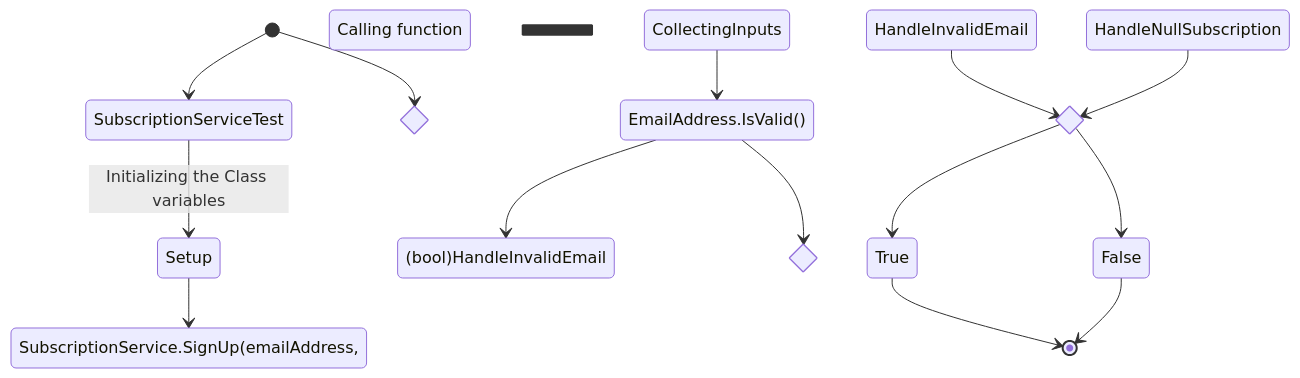
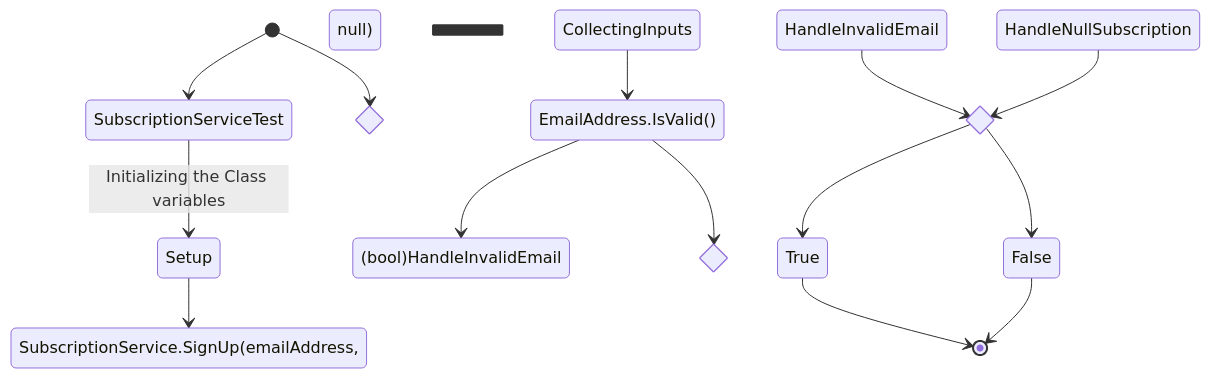
Before and after one commit to Emsaso/GetNews: the second of 11 diagrams in model/tests/test.md, drawn with Mermaid. The commit also changed other lines of this file, not shown here.

````diff
--- a/model/tests/test.md
+++ b/model/tests/test.md
@@ -32,37 +32,36 @@
 ```mermaid
 stateDiagram-v2
 [*] --> SubscriptionServiceTest
-    SubscriptionServiceTest --> Setup: Initializing the Class variables
-    Setup --> SubscriptionService.SignUp(emailAddress, null) : Calling function
+    SubscriptionServiceTest --> Setup:Initializing the Class variables
+    Setup --> SubscriptionService.SignUp(emailAddress, null)
     
     state AssertionState <<choice>>
     state SubscriptionCheck <<choice>>
     state EnsureEmailValidity <<choice>>
 
     EnsureEmailValidity
         [*] --> EnsureEmailValidity
 
         state CollectingInputs
         state HandleInvalidEmail
         state join_state <<join>>
 
-        
         CollectingInputs --> EmailAddress.IsValid()
             EmailAddress.IsValid()--> (bool)HandleInvalidEmail
             HandleInvalidEmail  --> AssertionState
 
         
         EmailAddress.IsValid() --> SubscriptionCheck
             
             state HandleNullSubscription
 
             HandleNullSubscription --> AssertionState
         
 
     #SubscriptionService.SignUp(emailAddress, null) --> Assertion Test : Finished calling #the function ensures that the test returns true
     
     AssertionState --> True
     AssertionState --> False
     True --> [*]
     False --> [*]
 ```
````
